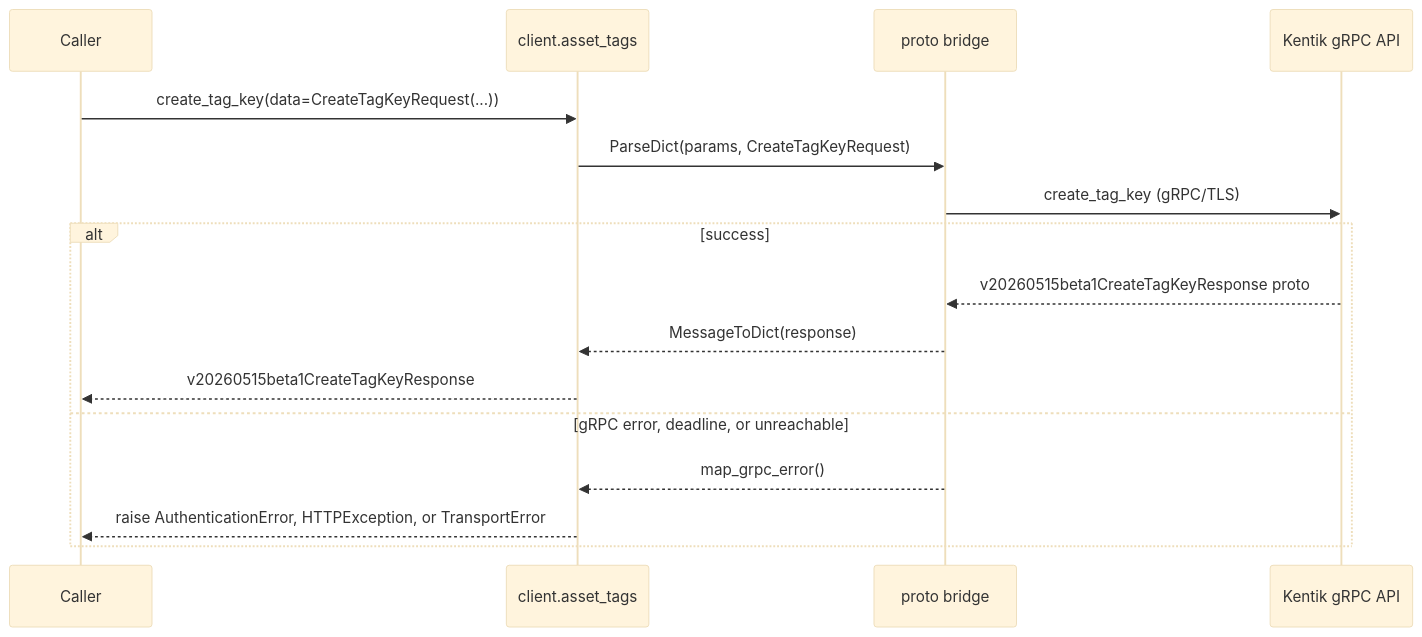
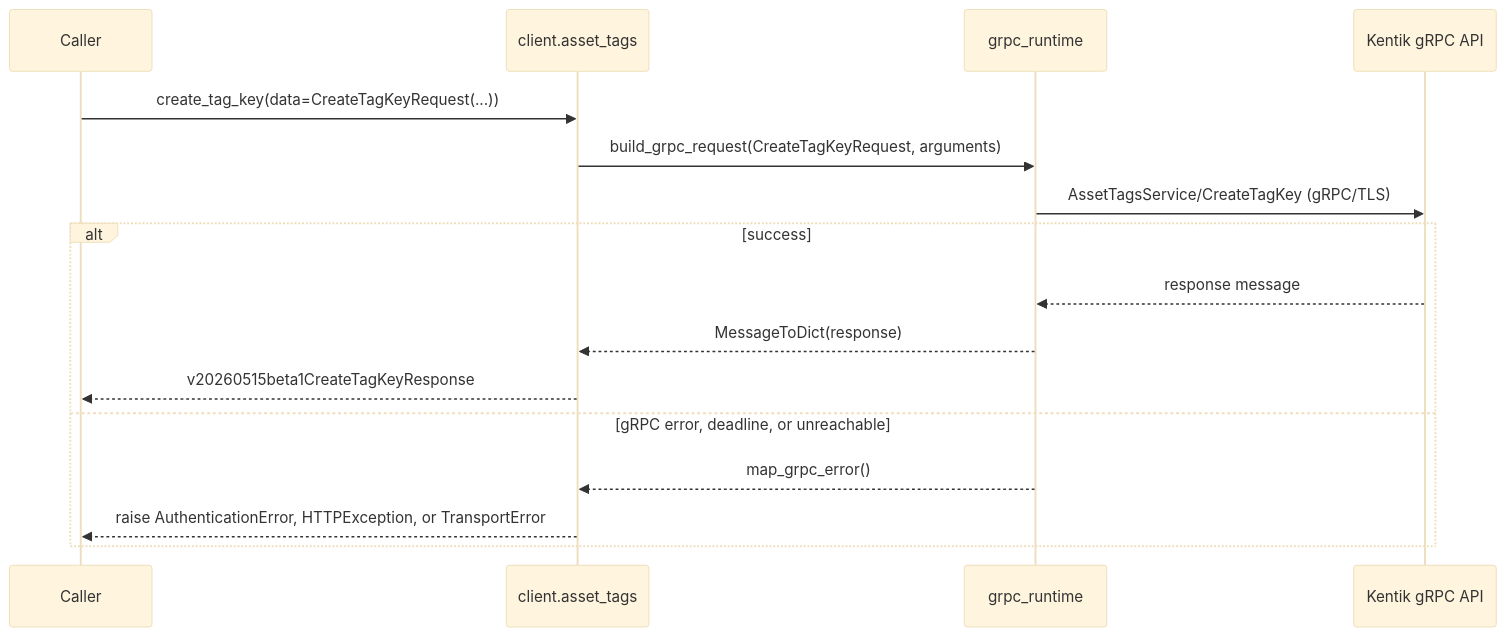
The seventh of 20 diagrams in docs/sphinx/services/asset_tags.md (alexdearaujo/community_sdk_python), drawn with Mermaid (base theme) before and after one commit. The commit also changed other lines of this file and 37 other files, not shown here.

First line of the commit message:
docs: show the real RPC in each service page's gRPC diagram

````diff
--- a/docs/sphinx/services/asset_tags.md
+++ b/docs/sphinx/services/asset_tags.md
@@ -205,19 +205,19 @@
 ```mermaid
 sequenceDiagram
     participant C as Caller
     participant W as client.asset_tags
-    participant B as proto bridge
+    participant R as grpc_runtime
     participant API as Kentik gRPC API
 
     C->>W: create_tag_key(data=CreateTagKeyRequest(...))
-    W->>B: ParseDict(params, CreateTagKeyRequest)
-    B->>API: create_tag_key (gRPC/TLS)
+    W->>R: build_grpc_request(CreateTagKeyRequest, arguments)
+    R->>API: AssetTagsService/CreateTagKey (gRPC/TLS)
     alt success
-        API-->>B: v20260515beta1CreateTagKeyResponse proto
-        B-->>W: MessageToDict(response)
+        API-->>R: response message
+        R-->>W: MessageToDict(response)
         W-->>C: v20260515beta1CreateTagKeyResponse
     else gRPC error, deadline, or unreachable
-        B-->>W: map_grpc_error()
+        R-->>W: map_grpc_error()
         W-->>C: raise AuthenticationError, HTTPException, or TransportError
     end
 ```
````
